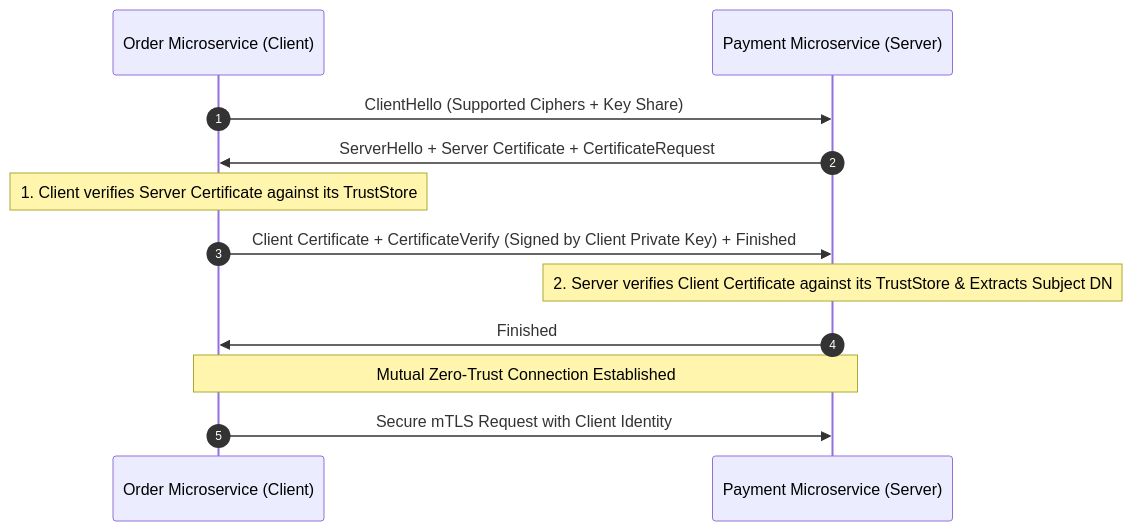
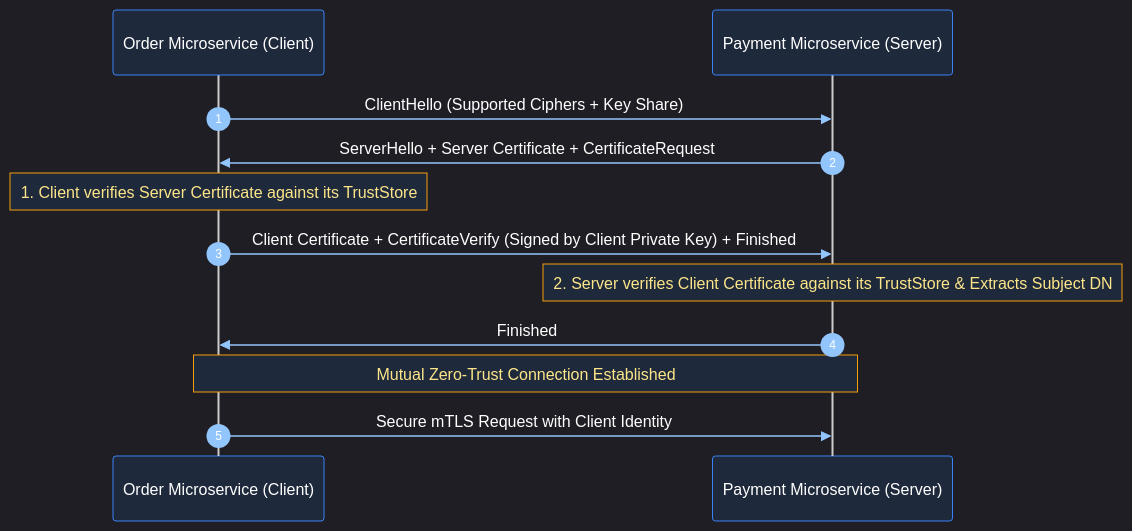
The seventh of 8 diagrams in Java Backend Engineering/11_security_identity_certificate_management.md (joydeep-biswas/Interview-Preparation), drawn with Mermaid before and after one commit. The commit also changed other lines of this file and 76 other files, not shown here.

Commit message:
Updated Charts

````diff
--- a/Java Backend Engineering/11_security_identity_certificate_management.md
+++ b/Java Backend Engineering/11_security_identity_certificate_management.md
@@ -365,15 +368,16 @@
 ```mermaid
+%%{init: {'theme': 'dark', 'themeVariables': { 'actorBkg': '#1e293b', 'actorBorder': '#3b82f6', 'actorTextColor': '#ffffff', 'signalColor': '#93c5fd', 'signalTextColor': '#ffffff', 'noteBkgColor': '#1e293b', 'noteBorderColor': '#f59e0b', 'noteTextColor': '#fde68a', 'activationBkgColor': '#3b82f6', 'sequenceNumberColor': '#ffffff' }}}%%
 sequenceDiagram
     autonumber
     participant Client as Order Microservice (Client)
     participant Server as Payment Microservice (Server)
 
     Client->>Server: ClientHello (Supported Ciphers + Key Share)
     Server->>Client: ServerHello + Server Certificate + CertificateRequest
     Note over Client: 1. Client verifies Server Certificate against its TrustStore
     Client->>Server: Client Certificate + CertificateVerify (Signed by Client Private Key) + Finished
     Note over Server: 2. Server verifies Client Certificate against its TrustStore & Extracts Subject DN
     Server->>Client: Finished
     Note over Client,Server: Mutual Zero-Trust Connection Established
     Client->>Server: Secure mTLS Request with Client Identity
 ```
````
